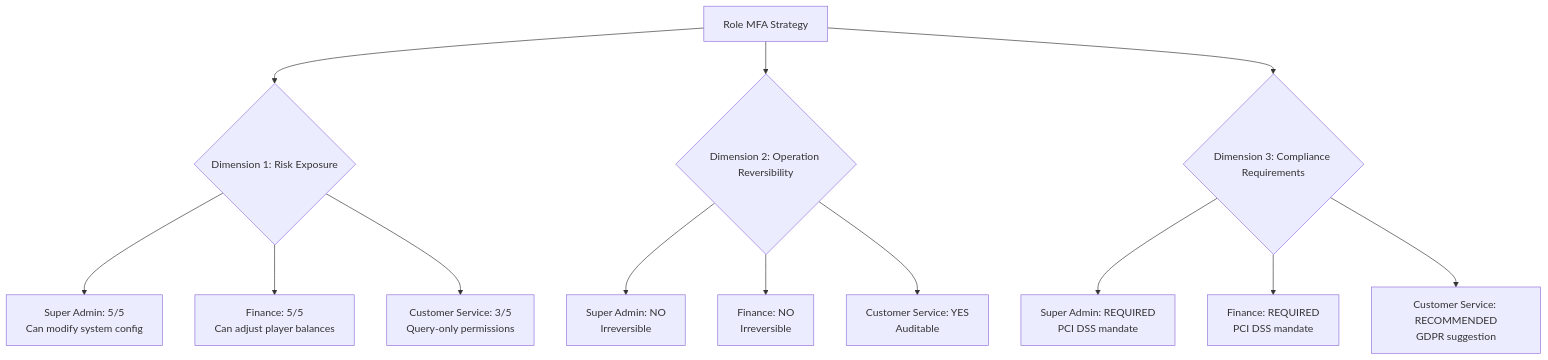
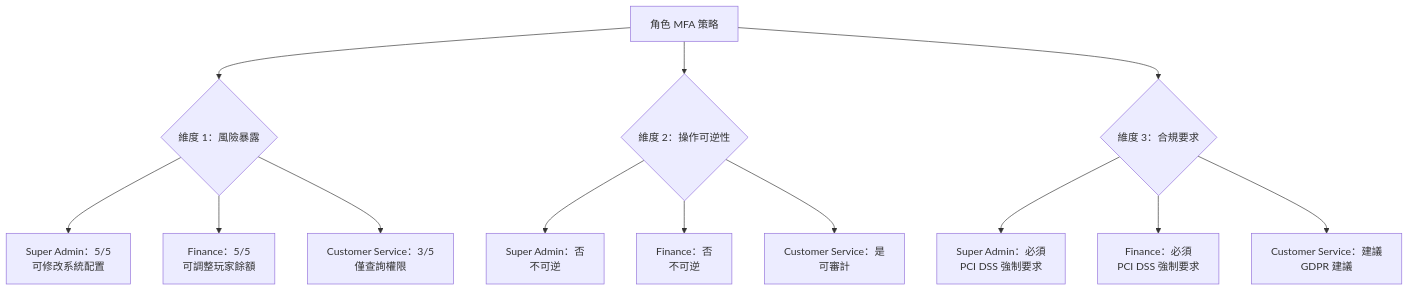
Before and after one commit to ron03wlb/smart-admin: the fourth of 4 diagrams in docs/iGaming/architecture/06_Platform_Core/MFA_Compliance_Validation.md, drawn with Mermaid. The commit also changed other lines of this file and 4 other files, not shown here.

````diff
--- a/docs/iGaming/architecture/06_Platform_Core/MFA_Compliance_Validation.md
+++ b/docs/iGaming/architecture/06_Platform_Core/MFA_Compliance_Validation.md
@@ -473,18 +473,18 @@
 ```mermaid
 graph TD
-    A[Role MFA Strategy] --> B{Dimension 1: Risk Exposure}
-    A --> C{Dimension 2: Operation Reversibility}
-    A --> D{Dimension 3: Compliance Requirements}
+    A[角色 MFA 策略] --> B{維度 1：風險暴露}
+    A --> C{維度 2：操作可逆性}
+    A --> D{維度 3：合規要求}
 
-    B --> B1[Super Admin: 5/5<br/>Can modify system config]
-    B --> B2[Finance: 5/5<br/>Can adjust player balances]
-    B --> B3[Customer Service: 3/5<br/>Query-only permissions]
+    B --> B1[Super Admin：5/5<br/>可修改系統配置]
+    B --> B2[Finance：5/5<br/>可調整玩家餘額]
+    B --> B3[Customer Service：3/5<br/>僅查詢權限]
 
-    C --> C1[Super Admin: NO<br/>Irreversible]
-    C --> C2[Finance: NO<br/>Irreversible]
-    C --> C3[Customer Service: YES<br/>Auditable]
+    C --> C1[Super Admin：否<br/>不可逆]
+    C --> C2[Finance：否<br/>不可逆]
+    C --> C3[Customer Service：是<br/>可審計]
 
-    D --> D1[Super Admin: REQUIRED<br/>PCI DSS mandate]
-    D --> D2[Finance: REQUIRED<br/>PCI DSS mandate]
-    D --> D3[Customer Service: RECOMMENDED<br/>GDPR suggestion]
+    D --> D1[Super Admin：必須<br/>PCI DSS 強制要求]
+    D --> D2[Finance：必須<br/>PCI DSS 強制要求]
+    D --> D3[Customer Service：建議<br/>GDPR 建議]
 ```
````
